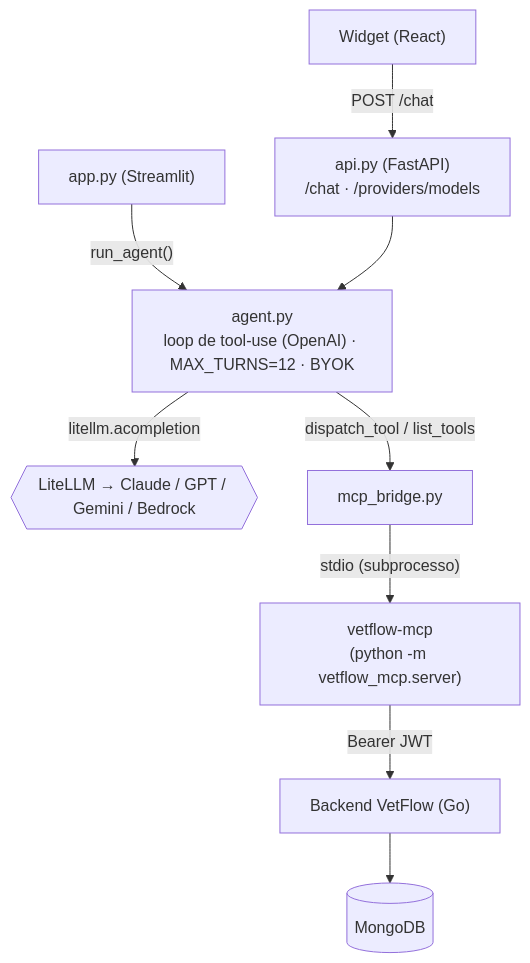
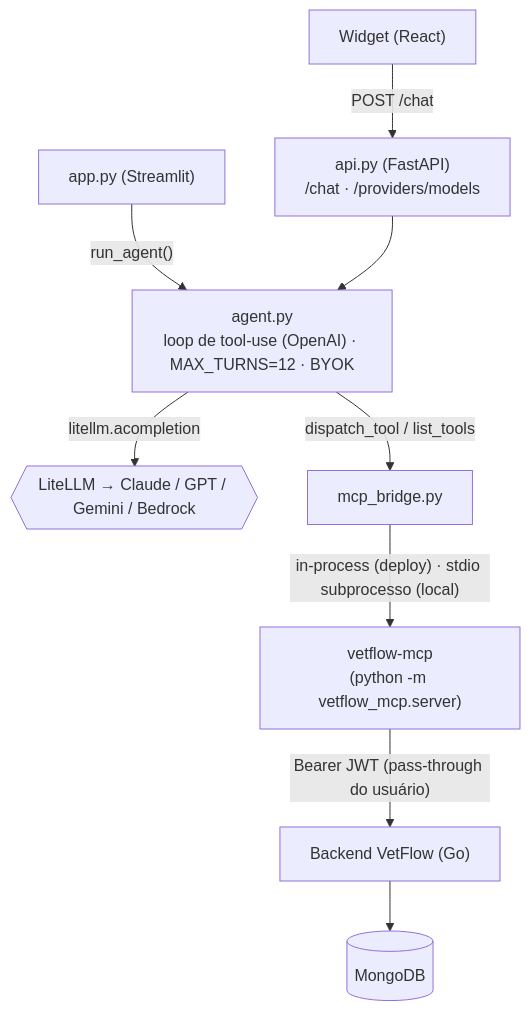
One commit to IannCarvalho/vetflow-agent changed the diagram in README.md. Above: the diagram before and after it, drawn with Mermaid. The commit also changed other lines of this file, not shown here.

First line of the commit message:
docs: README reflete in-process em producao e auth pass-through (#23)

````diff
--- a/README.md
+++ b/README.md
@@ -40,21 +40,21 @@
 ```mermaid
 flowchart TD
     fe["Widget (React)"]
     st["app.py (Streamlit)"]
     api["api.py (FastAPI)<br/>/chat · /providers/models"]
     agent["agent.py<br/>loop de tool-use (OpenAI) · MAX_TURNS=12 · BYOK"]
     llm{{"LiteLLM → Claude / GPT / Gemini / Bedrock"}}
     bridge["mcp_bridge.py"]
     mcp["vetflow-mcp<br/>(python -m vetflow_mcp.server)"]
     be["Backend VetFlow (Go)"]
     db[("MongoDB")]
 
     fe -- "POST /chat" --> api
     st -- "run_agent()" --> agent
     api --> agent
     agent -- "litellm.acompletion" --> llm
     agent -- "dispatch_tool / list_tools" --> bridge
-    bridge -- "stdio (subprocesso)" --> mcp
-    mcp -- "Bearer JWT" --> be
+    bridge -- "in-process (deploy) · stdio subprocesso (local)" --> mcp
+    mcp -- "Bearer JWT (pass-through do usuário)" --> be
     be --> db
 ```
````
